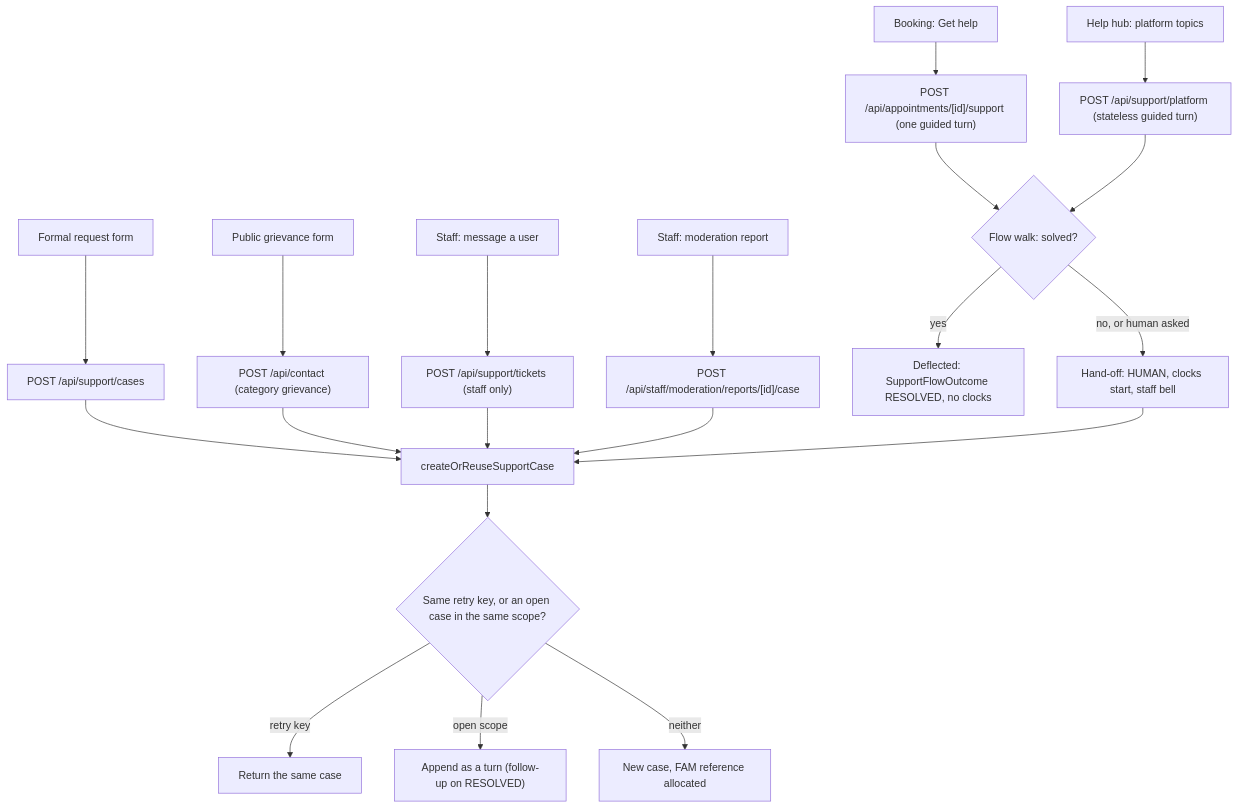
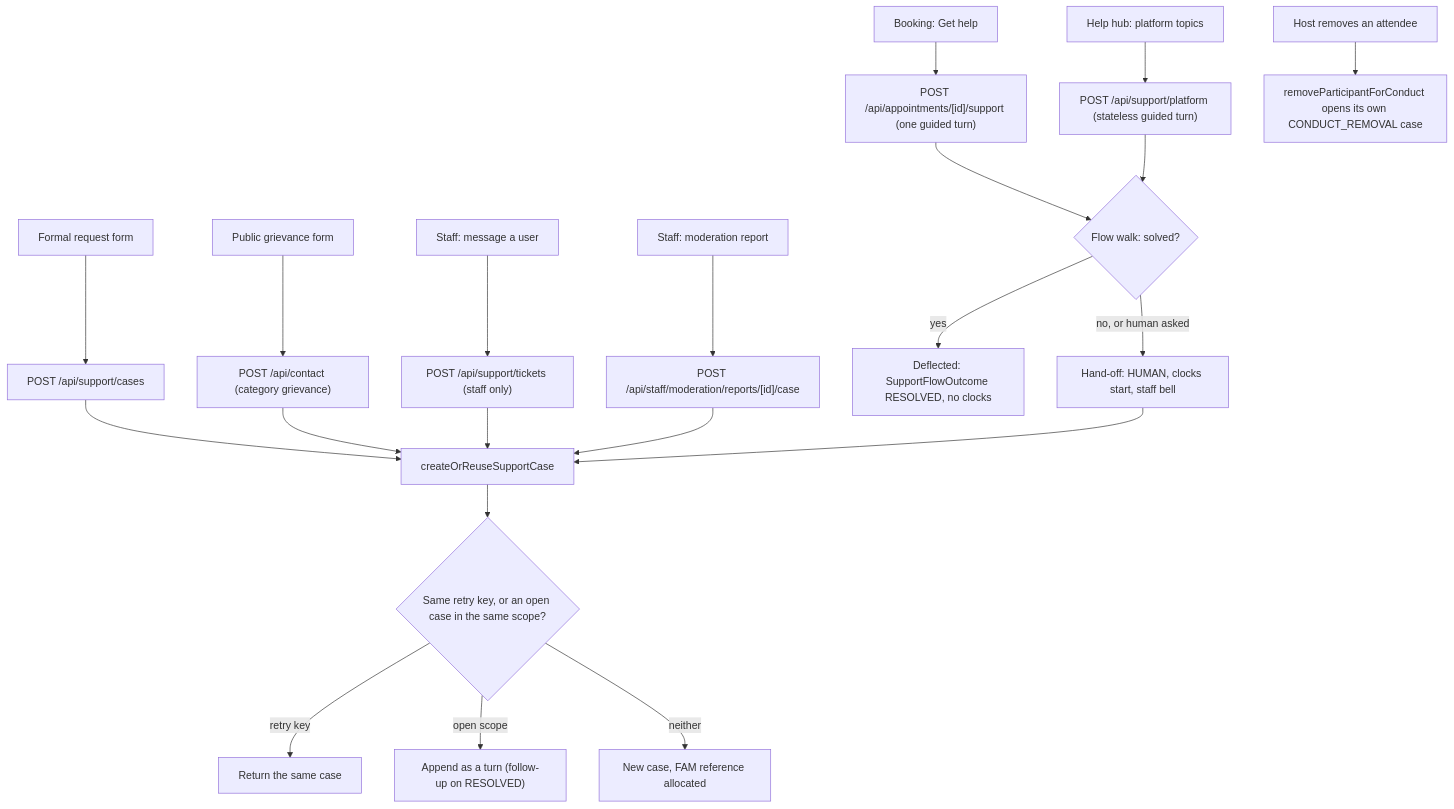
One commit to Practitionist/familiarise_web changed the diagram in docs/support/01-intake-and-flows.md. Above: the diagram before and after it, drawn with Mermaid. The commit also changed other lines of this file and 44 other files, not shown here.

````diff
--- a/docs/support/01-intake-and-flows.md
+++ b/docs/support/01-intake-and-flows.md
@@ -16,22 +16,23 @@
 ```mermaid
 flowchart TD
     A["Booking: Get help"] --> AT["POST /api/appointments/[id]/support (one guided turn)"]
     P["Help hub: platform topics"] --> PT["POST /api/support/platform (stateless guided turn)"]
     F["Formal request form"] --> CF["POST /api/support/cases"]
     G["Public grievance form"] --> GR["POST /api/contact (category grievance)"]
     S["Staff: message a user"] --> ST["POST /api/support/tickets (staff only)"]
     R["Staff: moderation report"] --> RC["POST /api/staff/moderation/reports/[id]/case"]
+    X["Host removes an attendee"] --> XC["removeParticipantForConduct opens its own CONDUCT_REMOVAL case"]
     AT --> W{"Flow walk: solved?"}
     PT --> W
     W -- "yes" --> D["Deflected: SupportFlowOutcome RESOLVED, no clocks"]
     W -- "no, or human asked" --> H["Hand-off: HUMAN, clocks start, staff bell"]
     H --> C["createOrReuseSupportCase"]
     CF --> C
     GR --> C
     ST --> C
     RC --> C
     C --> K{"Same retry key, or an open case in the same scope?"}
     K -- "retry key" --> RE["Return the same case"]
     K -- "open scope" --> AP["Append as a turn (follow-up on RESOLVED)"]
     K -- "neither" --> NW["New case, FAM reference allocated"]
 ```
````
